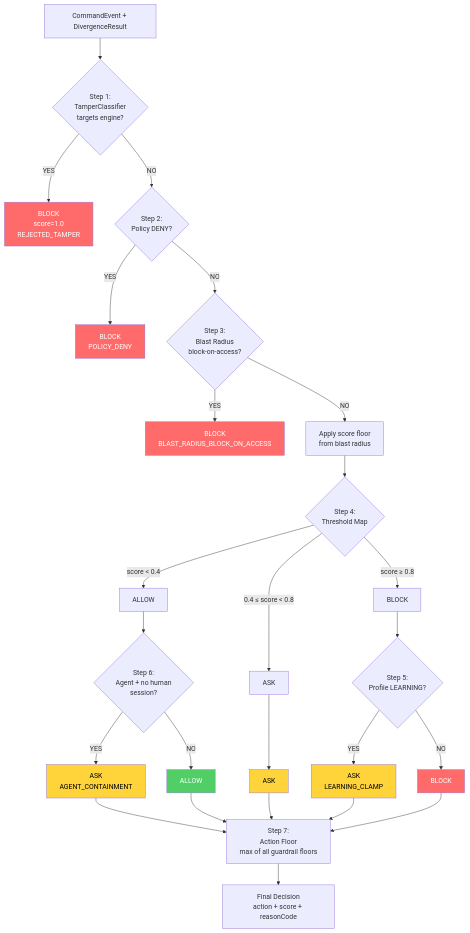
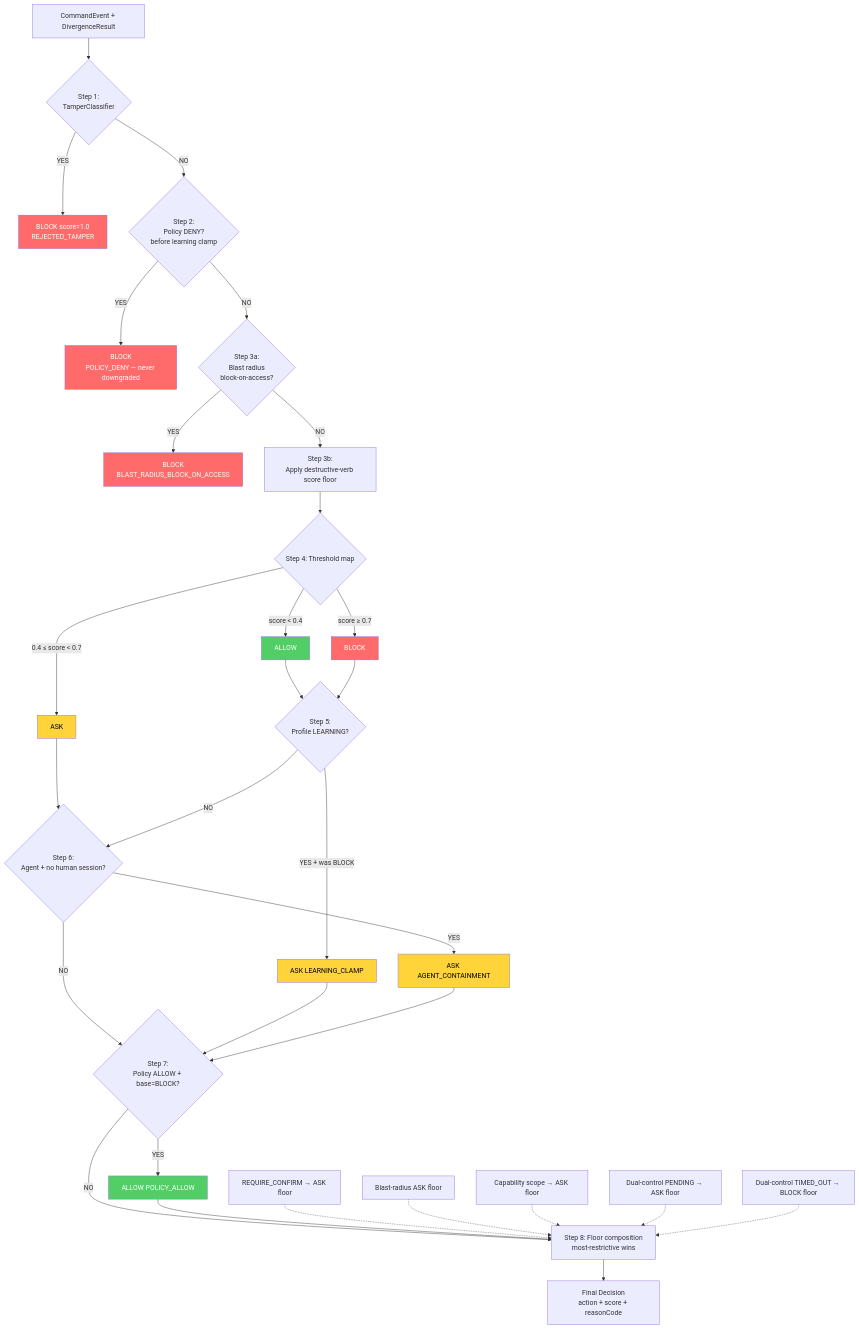
One commit to rachitGupta-ai/IntentGuard changed the seventh of 26 diagrams in docs/product-design-and-execution-flow.md. Above: the diagram before and after it, drawn with Mermaid. The commit also changed other lines of this file and 29 other files, not shown here.

````diff
--- a/docs/product-design-and-execution-flow.md
+++ b/docs/product-design-and-execution-flow.md
@@ -250,39 +289,53 @@
 ```mermaid
 flowchart TD
-    INPUT[CommandEvent + DivergenceResult] --> TAMPER{Step 1:<br/>TamperClassifier<br/>targets engine?}
+    INPUT[CommandEvent + DivergenceResult] --> TAMPER{Step 1:<br/>TamperClassifier}
 
-    TAMPER -->|YES| BLOCK_T[BLOCK<br/>score=1.0<br/>REJECTED_TAMPER]
-    TAMPER -->|NO| POLICY{Step 2:<br/>Policy DENY?}
+    TAMPER -->|YES| BLOCK_T[BLOCK score=1.0<br/>REJECTED_TAMPER]
+    TAMPER -->|NO| POLICY{Step 2:<br/>Policy DENY?<br/>before learning clamp}
 
-    POLICY -->|YES| BLOCK_P[BLOCK<br/>POLICY_DENY]
-    POLICY -->|NO| BLAST{Step 3:<br/>Blast Radius<br/>block-on-access?}
+    POLICY -->|YES| BLOCK_P[BLOCK<br/>POLICY_DENY — never downgraded]
+    POLICY -->|NO| BLAST{Step 3a:<br/>Blast radius<br/>block-on-access?}
 
     BLAST -->|YES| BLOCK_B[BLOCK<br/>BLAST_RADIUS_BLOCK_ON_ACCESS]
-    BLAST -->|NO| FLOOR[Apply score floor<br/>from blast radius]
+    BLAST -->|NO| SFLOOR[Step 3b:<br/>Apply destructive-verb score floor]
 
-    FLOOR --> THRESH{Step 4:<br/>Threshold Map}
-    THRESH -->|"score < 0.4"| ALLOW_T[ALLOW]
-    THRESH -->|"0.4 ≤ score < 0.8"| ASK_T[ASK]
-    THRESH -->|"score ≥ 0.8"| BLOCK_TH[BLOCK]
+    SFLOOR --> THRESH{Step 4: Threshold map}
+    THRESH -->|score < 0.4| ALLOW_T[ALLOW]
+    THRESH -->|0.4 ≤ score < 0.7| ASK_T[ASK]
+    THRESH -->|score ≥ 0.7| BLOCK_TH[BLOCK]
 
-    ALLOW_T --> AGENT{Step 6:<br/>Agent + no human<br/>session?}
-    AGENT -->|YES| ASK_A[ASK<br/>AGENT_CONTAINMENT]
-    AGENT -->|NO| FINAL_ALLOW[ALLOW]
+    ALLOW_T --> LEARN{Step 5:<br/>Profile LEARNING?}
+    ASK_T --> AGENT{Step 6:<br/>Agent + no human session?}
+    BLOCK_TH --> LEARN
 
-    ASK_T --> FINAL_ASK[ASK]
-    BLOCK_TH --> LEARN{Step 5:<br/>Profile LEARNING?}
-    LEARN -->|YES| ASK_L[ASK<br/>LEARNING_CLAMP]
-    LEARN -->|NO| FINAL_BLOCK[BLOCK]
+    LEARN -->|YES + was BLOCK| ASK_L[ASK LEARNING_CLAMP]
+    LEARN -->|NO| AGENT
 
-    FINAL_ALLOW & FINAL_ASK & ASK_A & ASK_L & FINAL_BLOCK --> ACTIONFLOOR[Step 7:<br/>Action Floor<br/>max of all guardrail floors]
-    ACTIONFLOOR --> DECISION[Final Decision<br/>action + score + reasonCode]
+    AGENT -->|YES| ASK_A[ASK AGENT_CONTAINMENT]
+    AGENT -->|NO| POLALLOW{Step 7:<br/>Policy ALLOW + base=BLOCK?}
+
+    ASK_L --> POLALLOW
+    ASK_A --> POLALLOW
+
+    POLALLOW -->|YES| SUPPRESS[ALLOW POLICY_ALLOW]
+    POLALLOW -->|NO| FLOOR[Step 8: Floor composition<br/>most-restrictive wins]
+    SUPPRESS --> FLOOR
+
+    FLOOR --> DECISION[Final Decision<br/>action + score + reasonCode]
+
+    note1[REQUIRE_CONFIRM → ASK floor] -.-> FLOOR
+    note2[Blast-radius ASK floor] -.-> FLOOR
+    note3[Capability scope → ASK floor] -.-> FLOOR
+    note4[Dual-control PENDING → ASK floor] -.-> FLOOR
+    note5[Dual-control TIMED_OUT → BLOCK floor] -.-> FLOOR
 
     style BLOCK_T fill:#ff6b6b,color:#fff
     style BLOCK_P fill:#ff6b6b,color:#fff
     style BLOCK_B fill:#ff6b6b,color:#fff
-    style FINAL_BLOCK fill:#ff6b6b,color:#fff
-    style FINAL_ALLOW fill:#51cf66,color:#fff
+    style BLOCK_TH fill:#ff6b6b,color:#fff
+    style ALLOW_T fill:#51cf66,color:#fff
+    style SUPPRESS fill:#51cf66,color:#fff
+    style ASK_T fill:#ffd43b,color:#000
+    style ASK_L fill:#ffd43b,color:#000
     style ASK_A fill:#ffd43b,color:#000
-    style FINAL_ASK fill:#ffd43b,color:#000
-    style ASK_L fill:#ffd43b,color:#000
 ```
````
